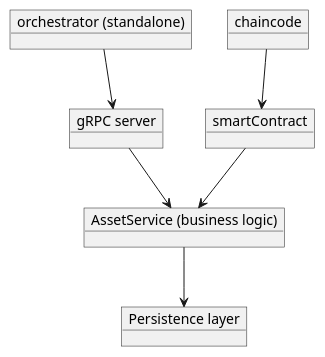
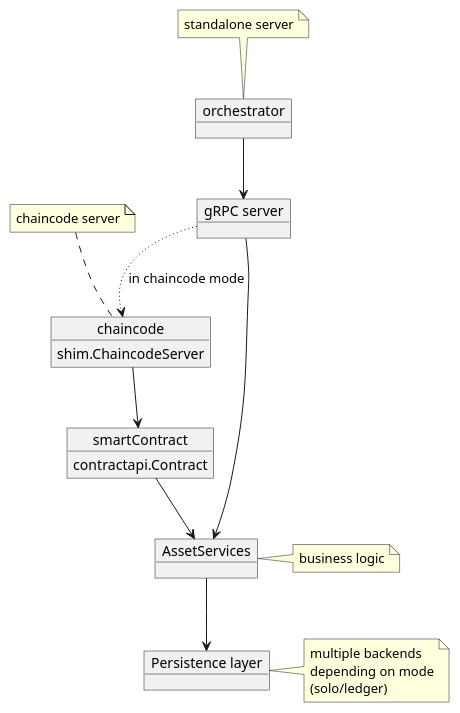
Before and after one commit to Substra/orchestrator: the diagram in docs/archi.plantuml, drawn with PlantUML. The commit also changed 8 other files, not shown here.

Commit message:
[doc] update architecture documentation (#2)

```diff
--- a/docs/archi.plantuml
+++ b/docs/archi.plantuml
@@ -1,15 +1,35 @@
 @startuml
-object "orchestrator (standalone)" as os
-object chaincode
+object "orchestrator" as os
+Note top of os: standalone server
+
+
+object chaincode {
+  shim.ChaincodeServer
+}
+note top of chaincode: chaincode server
 
 object "gRPC server" as grpc
-object "smartContract" as sc
-object "AssetService (business logic)" as services
+object "smartContract" as sc {
+  contractapi.Contract
+}
+object "AssetServices" as services
+note right of services
+business logic
+end note
+
 object "Persistence layer" as db
 
 os --> grpc
 grpc --> services
+grpc -[dotted]-> chaincode: in chaincode mode
 chaincode --> sc
 sc --> services
 services --> db
+
+note right of db
+multiple backends
+depending on mode
+(solo/ledger)
+end note
+
 @enduml
```
